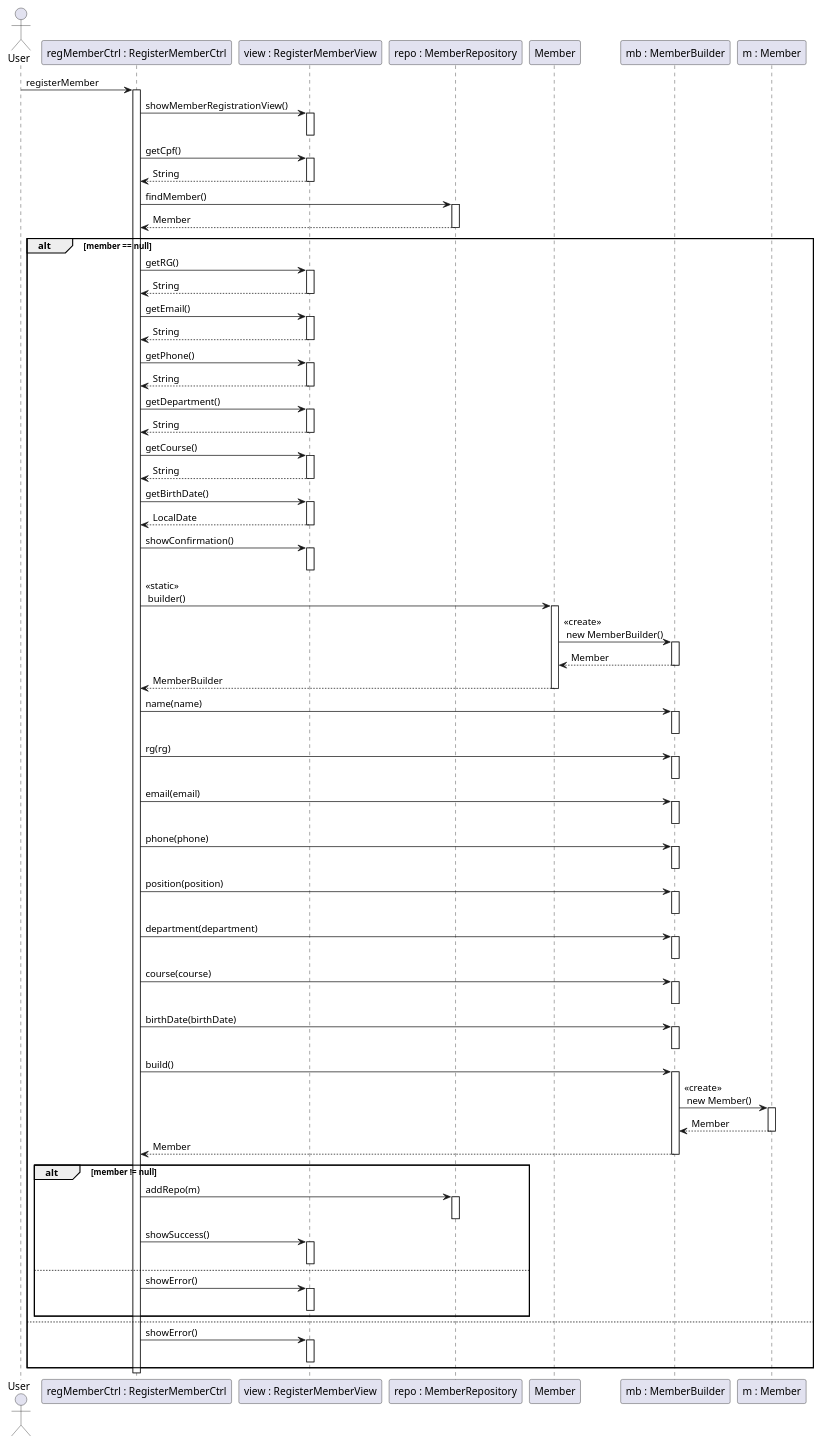
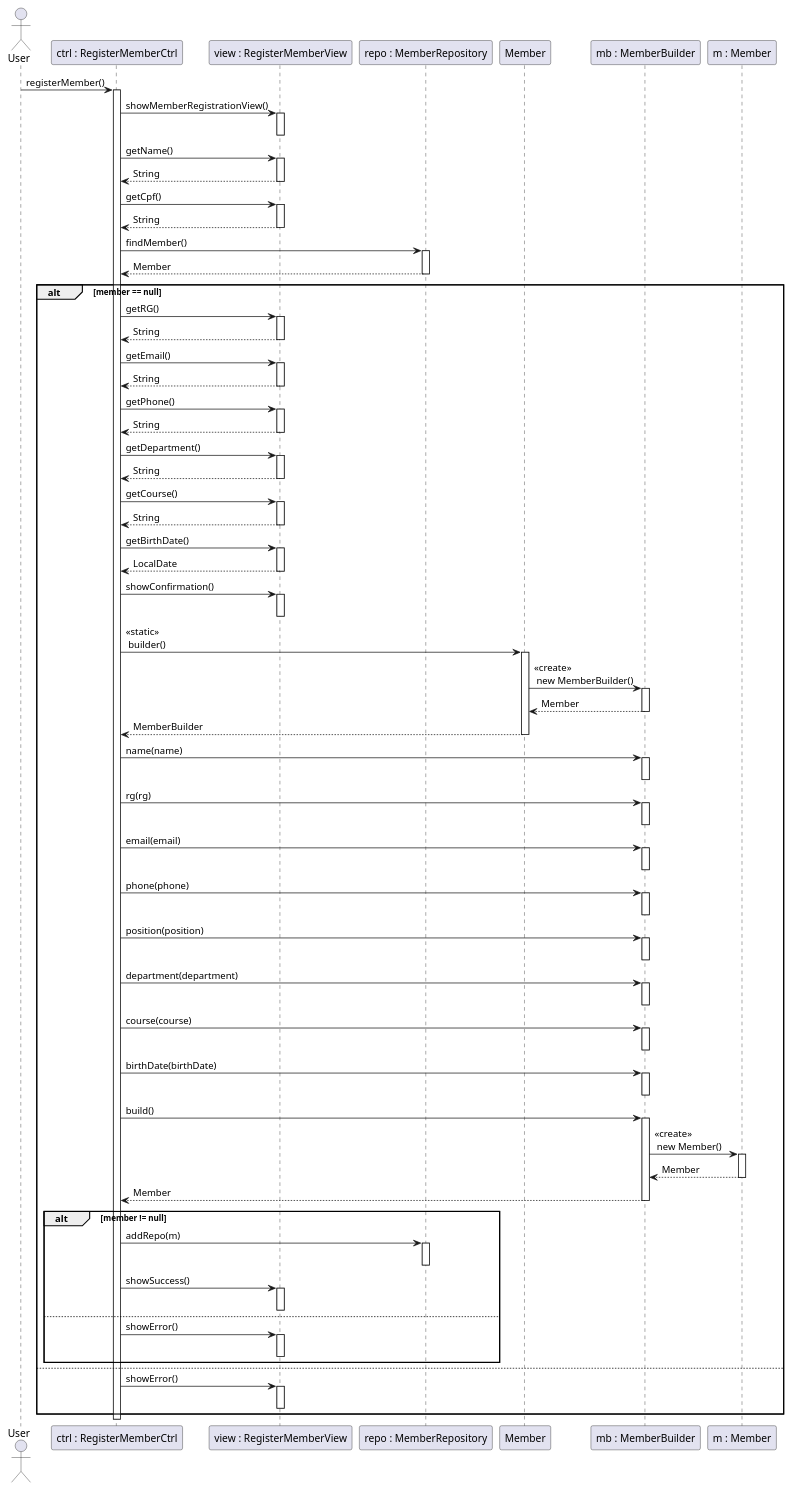
One commit to lucasblopes/ecomp-software-design changed the diagram in sequence-diagram/ec006/seq.plantuml. Above: the diagram before and after it, drawn with PlantUML. The commit also changed 19 other files, not shown here.

Commit message:
diagramas de comunicação adicionados

```diff
--- a/sequence-diagram/ec006/seq.plantuml
+++ b/sequence-diagram/ec006/seq.plantuml
@@ -1,114 +1,119 @@
 @startuml
 actor User
-participant "regMemberCtrl : RegisterMemberCtrl" as Ctrl
+participant "ctrl : RegisterMemberCtrl" as Ctrl
 participant "view : RegisterMemberView" as View
 participant "repo : MemberRepository" as Repo
 participant "Member" as sMember
 participant "mb : MemberBuilder" as Builder
 participant "m : Member" as Member
 
-User -> Ctrl: registerMember
+User -> Ctrl: registerMember()
 activate Ctrl
 
 Ctrl -> View: showMemberRegistrationView()
 activate View
+deactivate View
+
+Ctrl -> View: getName()
+activate View
+View --> Ctrl: String
 deactivate View
 
 Ctrl -> View: getCpf()
 activate View
 View --> Ctrl: String
 deactivate View
 
 Ctrl -> Repo: findMember()
 activate Repo
 Repo --> Ctrl: Member
 deactivate Repo
 alt member == null
   Ctrl -> View: getRG()
   activate View
   View --> Ctrl: String
   deactivate View
     Ctrl -> View: getEmail()
   activate View
   View --> Ctrl: String
   deactivate View
     Ctrl -> View: getPhone()
   activate View
   View --> Ctrl: String
   deactivate View
     Ctrl -> View: getDepartment()
   activate View
   View --> Ctrl: String
   deactivate View
   Ctrl -> View: getCourse()
   activate View
   View --> Ctrl: String
   deactivate View
   Ctrl -> View: getBirthDate()
   activate View
   View --> Ctrl: LocalDate
   deactivate View
   Ctrl -> View: showConfirmation()
   activate View
   deactivate View
   
   Ctrl -> sMember: <<static>> \n builder()
   activate sMember 
   sMember -> Builder: <<create>> \n new MemberBuilder()
   activate Builder
   Builder --> sMember: Member
   deactivate Builder
   sMember --> Ctrl: MemberBuilder
   deactivate sMember
   Ctrl -> Builder: name(name)
   activate Builder
   deactivate Builder
   Ctrl -> Builder: rg(rg)
   activate Builder
   deactivate Builder
   Ctrl -> Builder: email(email)
   activate Builder
   deactivate Builder
   Ctrl -> Builder: phone(phone)
   activate Builder
   deactivate Builder
     Ctrl -> Builder: position(position)
   activate Builder
   deactivate Builder
     Ctrl -> Builder: department(department)
   activate Builder
   deactivate Builder
     Ctrl -> Builder: course(course)
   activate Builder
   deactivate Builder
     Ctrl -> Builder: birthDate(birthDate)
   activate Builder
   deactivate Builder
   Ctrl -> Builder: build()
   activate Builder
   Builder -> Member: <<create>> \n new Member()
   activate Member
   Member --> Builder: Member
   deactivate Member
   Builder --> Ctrl: Member
   deactivate Builder
   
   alt member != null
     Ctrl -> Repo: addRepo(m)
     activate Repo
     deactivate Repo
     Ctrl -> View: showSuccess()
     activate View
     deactivate View
   else
     Ctrl -> View: showError()
     activate View
     deactivate View
   end
 else
   Ctrl -> View: showError()
   activate View
   deactivate View
 end
 deactivate Ctrl
 @enduml
```
